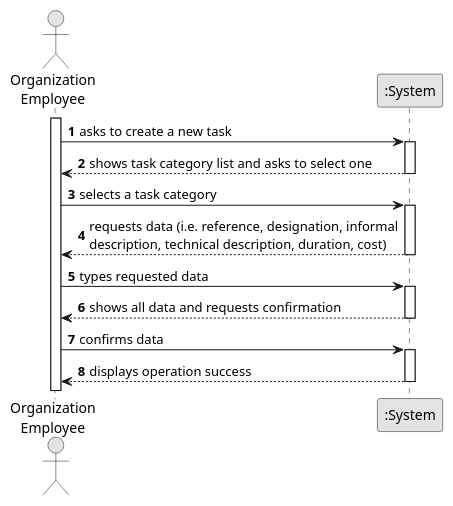
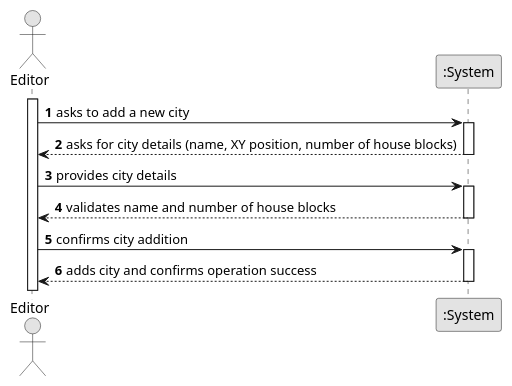
The diagram in docs/system-documentation/US003/01.requirements-engineering/puml/US003-SSD.puml (1240826/empire-on-tracks), drawn with PlantUML before and after one commit. The commit also changed 9 other files, not shown here.

```diff
--- a/docs/system-documentation/US003/01.requirements-engineering/puml/US003-SSD.puml
+++ b/docs/system-documentation/US003/01.requirements-engineering/puml/US003-SSD.puml
@@ -1,36 +1,31 @@
 @startuml
 skinparam monochrome true
 skinparam packageStyle rectangle
 skinparam shadowing false
 
 autonumber
 
-actor "Organization\nEmployee" as Employee
+actor "Editor" as Editor
 participant ":System" as System
 
-activate Employee
+activate Editor
 
-    Employee -> System : asks to create a new task
+    Editor -> System : asks to add a new city
     activate System
 
-        System --> Employee : shows task category list and asks to select one
+        System --> Editor : asks for city details (name, XY position, number of house blocks)
     deactivate System
 
-    Employee -> System : selects a task category
+    Editor -> System : provides city details
     activate System
 
-        System --> Employee : requests data (i.e. reference, designation, informal\ndescription, technical description, duration, cost)
+        System --> Editor : validates name and number of house blocks
     deactivate System
 
-    Employee -> System : types requested data
+    Editor -> System : confirms city addition
     activate System
 
-        System --> Employee : shows all data and requests confirmation
+        System --> Editor : adds city and confirms operation success
     deactivate System
 
-    Employee -> System : confirms data
-    activate System
-
-        System --> Employee : displays operation success
-    deactivate System
 @enduml
```
